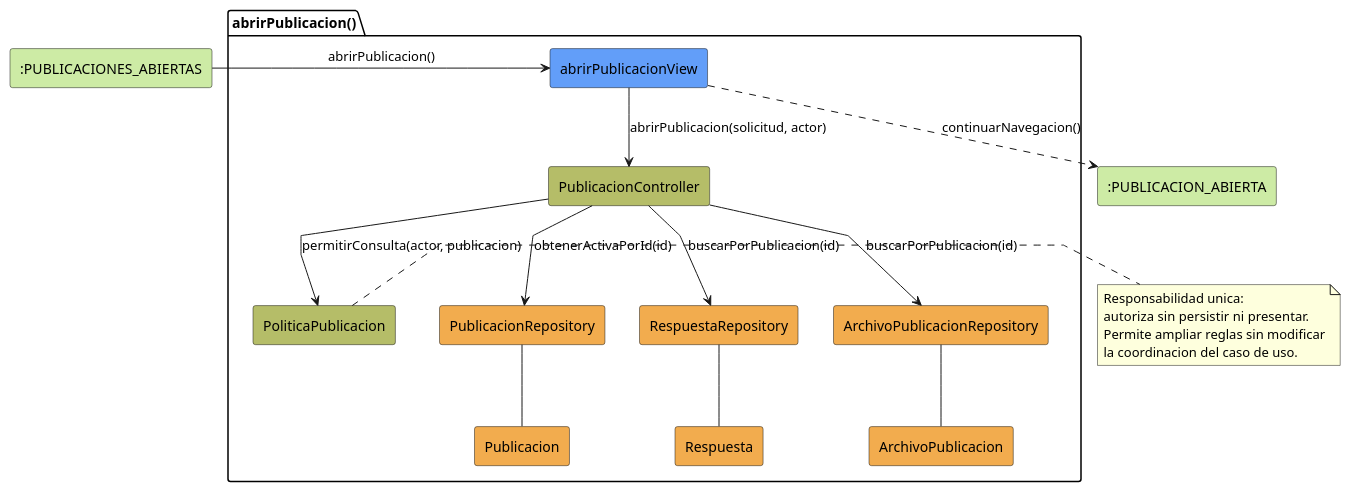
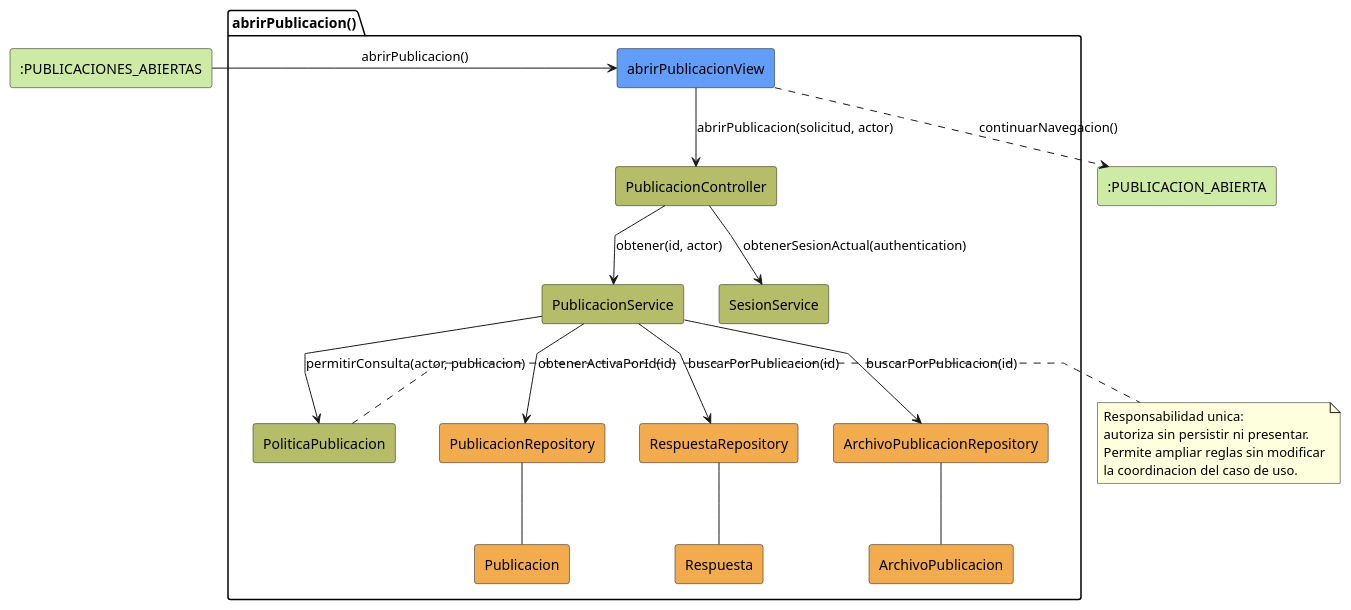
One commit to beatriizorozco/25-26-idsw2-sdVC changed the diagram in RUP/01-analisis/casos-uso/investigador/abrirPublicacion/colaboracion.puml. Above: the diagram before and after it, drawn with PlantUML. The commit also changed 71 other files, not shown here.

```diff
--- a/RUP/01-analisis/casos-uso/investigador/abrirPublicacion/colaboracion.puml
+++ b/RUP/01-analisis/casos-uso/investigador/abrirPublicacion/colaboracion.puml
@@ -1,36 +1,40 @@
 @startuml abrirPublicacion-investigador-analisis
 skinparam linetype polyline
 
 rectangle #CDEBA5 ":PUBLICACIONES_ABIERTAS" as EstadoEntrada
 package abrirPublicacion as "abrirPublicacion()" {
     rectangle #629EF9 "abrirPublicacionView" as View
     rectangle #b5bd68 PublicacionController
+    rectangle #b5bd68 PublicacionService
+    rectangle #b5bd68 SesionService
     rectangle #b5bd68 PoliticaPublicacion
     rectangle #F2AC4E PublicacionRepository
     rectangle #F2AC4E Publicacion
     rectangle #F2AC4E RespuestaRepository
     rectangle #F2AC4E ArchivoPublicacionRepository
     rectangle #F2AC4E Respuesta
     rectangle #F2AC4E ArchivoPublicacion
 }
 rectangle #CDEBA5 ":PUBLICACION_ABIERTA" as EstadoSalida
 
 EstadoEntrada -r-> View: abrirPublicacion()
 View -d-> PublicacionController: abrirPublicacion(solicitud, actor)
-PublicacionController --> PublicacionRepository: obtenerActivaPorId(id)
-PublicacionController --> PoliticaPublicacion: permitirConsulta(actor, publicacion)
+PublicacionController --> PublicacionService: obtener(id, actor)
+PublicacionController --> SesionService: obtenerSesionActual(authentication)
+PublicacionService --> PublicacionRepository: obtenerActivaPorId(id)
+PublicacionService --> PoliticaPublicacion: permitirConsulta(actor, publicacion)
 
 PublicacionRepository -- Publicacion
-PublicacionController --> RespuestaRepository: buscarPorPublicacion(id)
-PublicacionController --> ArchivoPublicacionRepository: buscarPorPublicacion(id)
+PublicacionService --> RespuestaRepository: buscarPorPublicacion(id)
+PublicacionService --> ArchivoPublicacionRepository: buscarPorPublicacion(id)
 RespuestaRepository -- Respuesta
 ArchivoPublicacionRepository -- ArchivoPublicacion
 View ..> EstadoSalida: continuarNavegacion()
 
 note right of PoliticaPublicacion
 Responsabilidad unica:
 autoriza sin persistir ni presentar.
 Permite ampliar reglas sin modificar
 la coordinacion del caso de uso.
 end note
 @enduml
```
